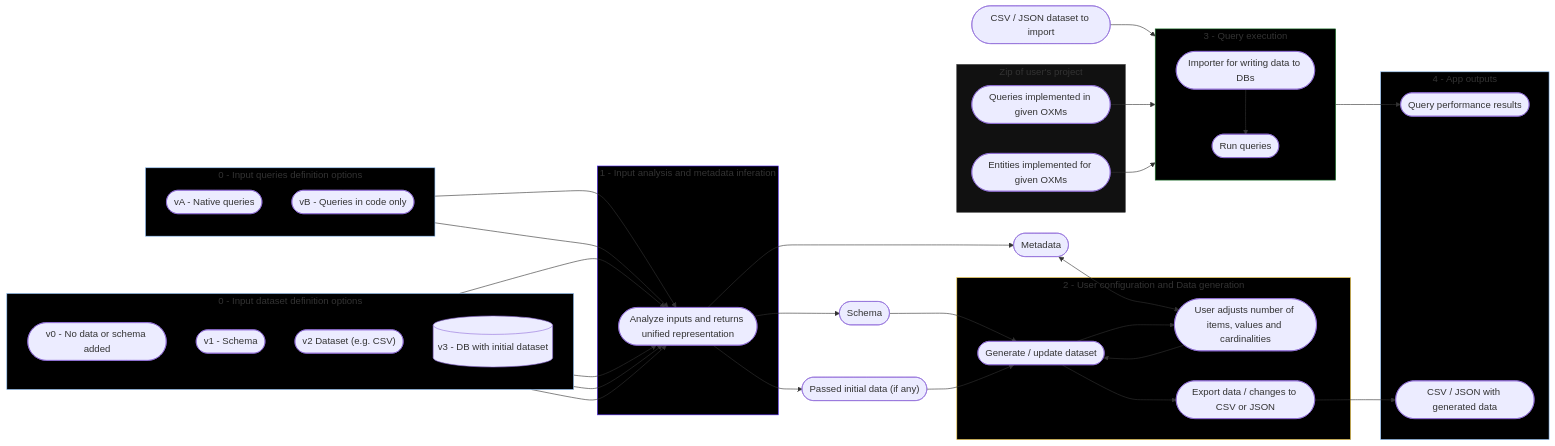
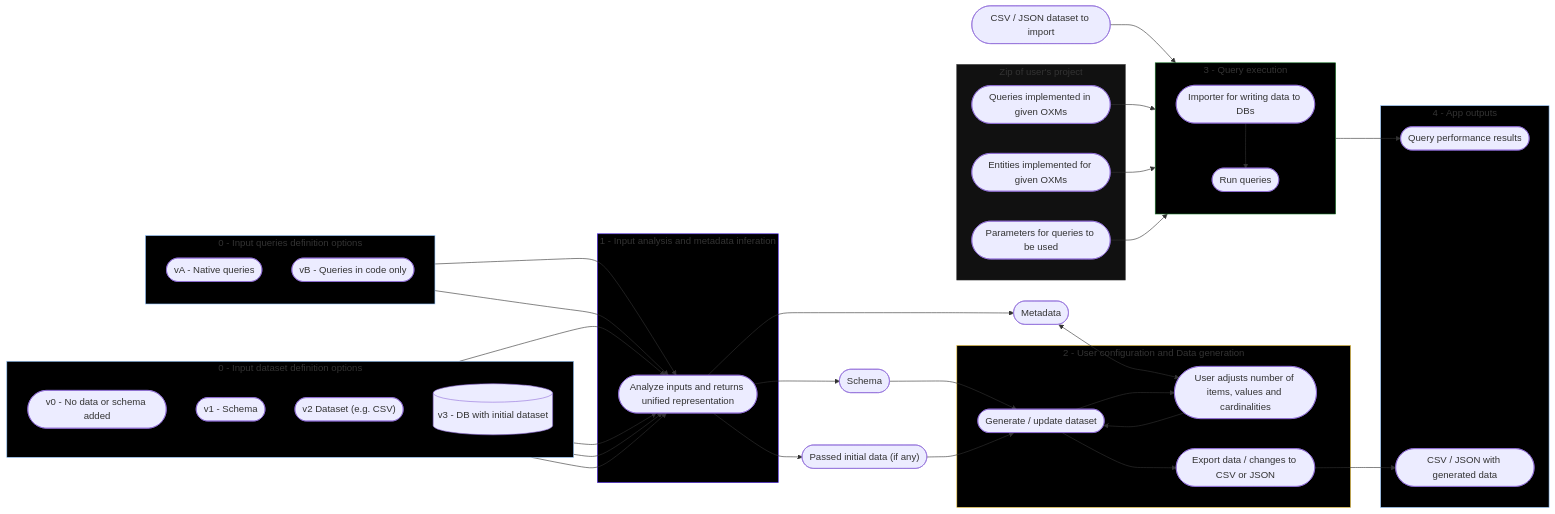
The diagram in docs/FLOW.md (SimekJan/oxm-benchmark), drawn with Mermaid before and after one commit. The commit also changed 2 other files, not shown here.

Commit message:
Update docs to match newly updated architecture

````diff
--- a/docs/FLOW.md
+++ b/docs/FLOW.md
@@ -1,78 +1,80 @@
 ```mermaid
 
 flowchart LR
     subgraph INPUTS_DATASET["0 - Input dataset definition options"]
         direction TD
         NOTHING(["v0 - No data or schema added"])
         SCHEMA(["v1 - Schema"])
         DATASET(["v2 Dataset (e.g. CSV)"])
         READONLY_DATABASE[("v3 - DB with initial dataset")]
     end
 
     subgraph INPUTS_QUERIES["0 - Input queries definition options"]
         direction TD
         QUERIES(["vA - Native queries"])
         CODE_QUERIES(["vB - Queries in code only"])
     end
 
     INFERRED_SCHEMA(["Schema"])
     INFERRED_METADATA(["Metadata"])
     INITIAL_DATA(["Passed initial data (if any)"])
     SCHEMA_ANALYSER --> INFERRED_SCHEMA
     SCHEMA_ANALYSER --> INFERRED_METADATA
     SCHEMA_ANALYSER --> INITIAL_DATA
 
     subgraph SCHEMA_INFER["1 - Input analysis and metadata inferation"]
         SCHEMA_ANALYSER(["Analyze inputs and returns unified representation"])
     end
 
     NOTHING --> SCHEMA_ANALYSER
     SCHEMA --> SCHEMA_ANALYSER
     DATASET --> SCHEMA_ANALYSER
     READONLY_DATABASE --> SCHEMA_ANALYSER
     QUERIES --> SCHEMA_ANALYSER
     CODE_QUERIES --> SCHEMA_ANALYSER
     INFERRED_SCHEMA --> GENERATE
     INITIAL_DATA --> GENERATE
     INFERRED_METADATA <--> ADJUST
 
     subgraph ZIP_PROJECT["Zip of user's project"]
         QUERIES_IN_CODE([Queries implemented in given OXMs])
         ENTITIES_IN_CODE([Entities implemented for given OXMs])
+        PARAMETERS([Parameters for queries to be used])
     end
 
     subgraph CONFIG["2 - User configuration and Data generation"]
         ADJUST(["User adjusts number of items, values and cardinalities"])
         GENERATE(["Generate / update dataset"])
         EXPORT(["Export data / changes to CSV or JSON"])
         ADJUST --> GENERATE
         GENERATE --> ADJUST
         GENERATE --> EXPORT
     end
 
     subgraph EXECUTION["3 - Query execution"]
         direction TD
         RUN(["Run queries"])
         IMPORTER(["Importer for writing data to DBs"])
     end
 
     subgraph OUTPUTS["4 - App outputs"]
         RESULTS(["Query performance results"])
         RESULT_DATASET(["CSV / JSON with generated data"])
     end
 
     EXPORT --> RESULT_DATASET
     GENERATED_DATASET(["CSV / JSON dataset to import"]) --> IMPORTER
     IMPORTER --> RUN
     RUN --> RESULTS
     QUERIES_IN_CODE --> RUN
     ENTITIES_IN_CODE --> IMPORTER
+    PARAMETERS --> RUN
     
     style INPUTS_DATASET fill: #000000, stroke: #93C5FD
     style INPUTS_QUERIES fill: #000000, stroke: #93C5FD
     style SCHEMA_INFER fill: #000000, stroke: #5027f1
     style CONFIG fill: #000000, stroke: #FCD34D
     style EXECUTION fill: #000000, stroke: #197629
     style OUTPUTS fill: #000000, stroke: #93C5FD
     style ZIP_PROJECT fill: #111111, stroke: #222222
 ```
````
